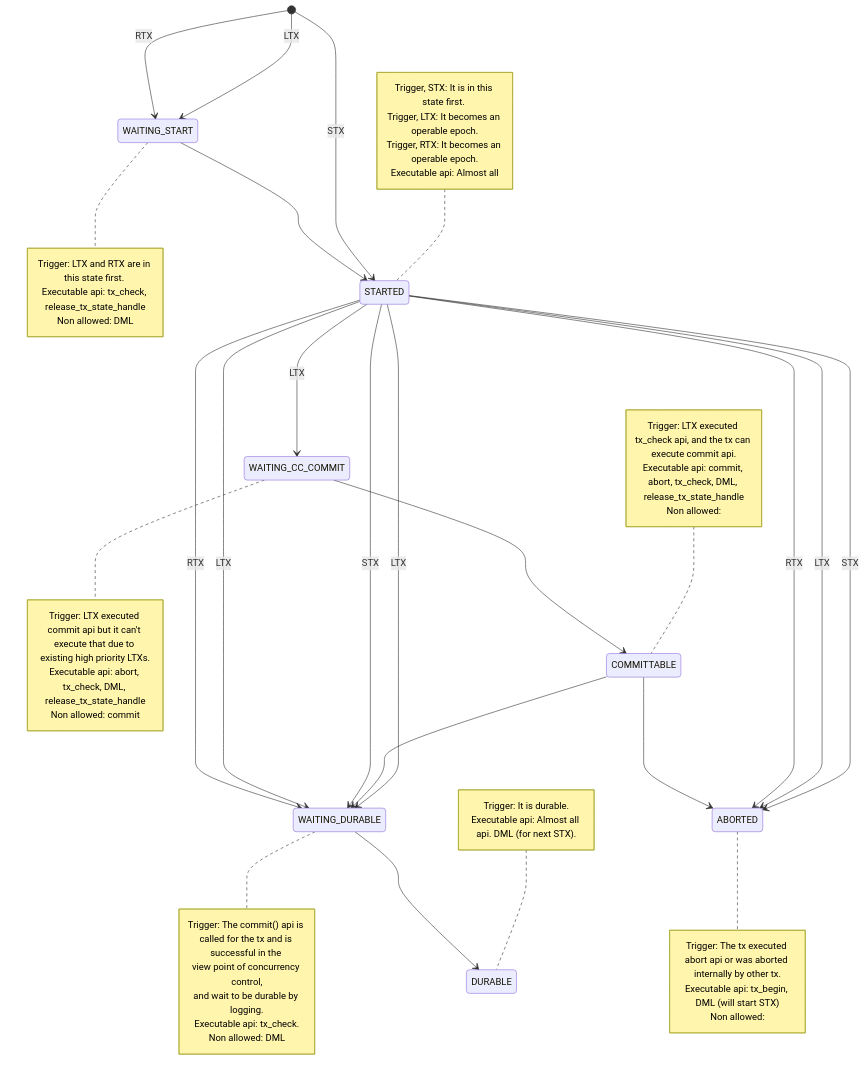
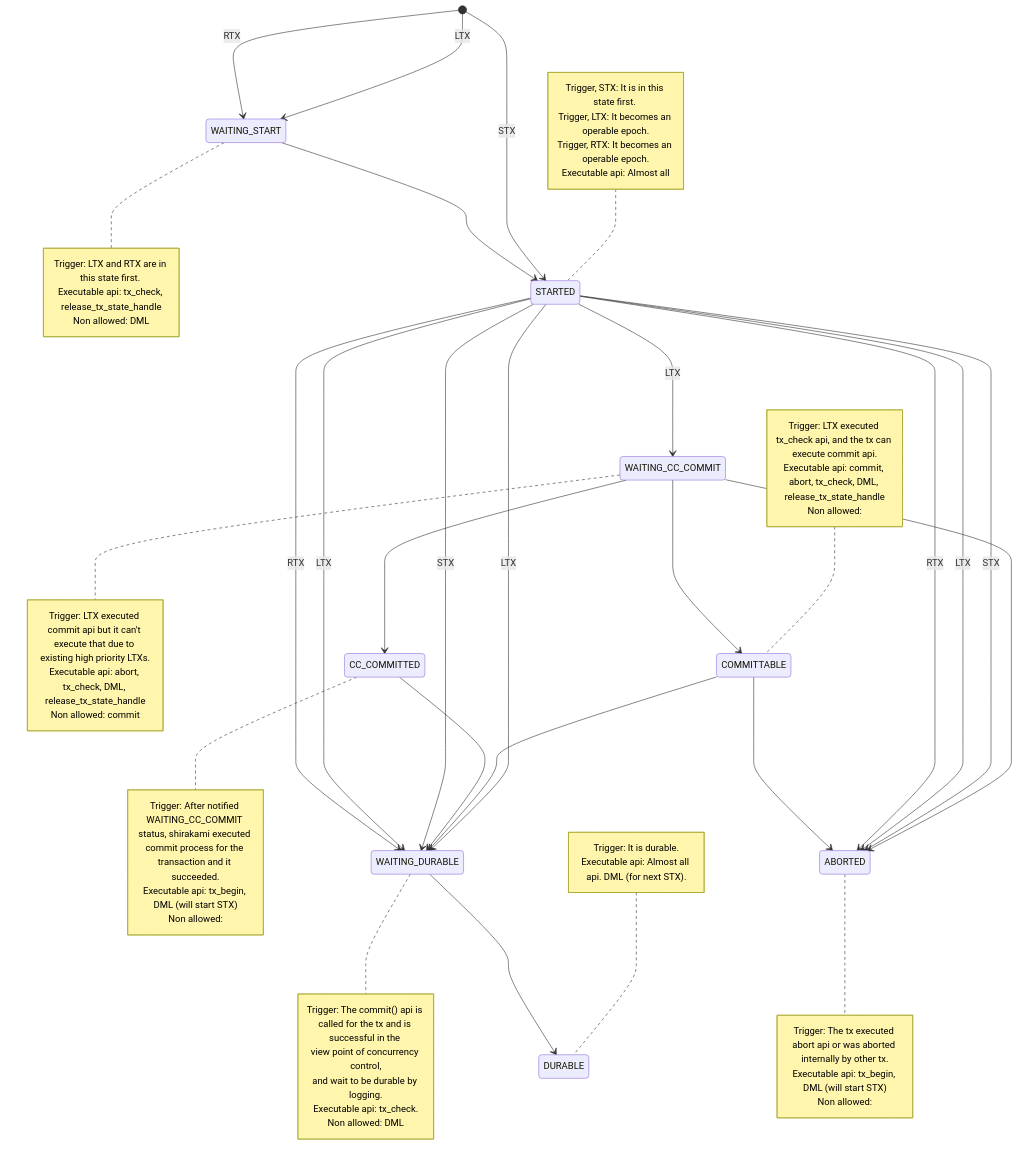
Before and after one commit to project-tsurugi/shirakami: the diagram in docs/transaction_state.md, drawn with Mermaid. The commit also changed other lines of this file and 5 other files, not shown here.

````diff
--- a/docs/transaction_state.md
+++ b/docs/transaction_state.md
@@ -9,65 +9,75 @@
 ```mermaid
 stateDiagram-v2
     WAITING_START
     note right of WAITING_START
         Trigger: LTX and RTX are in this state first. 
         Executable api: tx_check, release_tx_state_handle
         Non allowed: DML
     end note
     STARTED
     note left of STARTED
         Trigger, STX: It is in this state first. 
         Trigger, LTX: It becomes an operable epoch.
         Trigger, RTX: It becomes an operable epoch.
         Executable api: Almost all
     end note
     WAITING_CC_COMMIT
     note right of WAITING_CC_COMMIT
         Trigger: LTX executed commit api but it can't execute that due to 
         existing high priority LTXs.
         Executable api: abort, tx_check, DML, release_tx_state_handle
         Non allowed: commit
     end note
     COMMITTABLE
     note left of COMMITTABLE
         Trigger: LTX executed tx_check api, and the tx can execute commit api.
         Executable api: commit, abort, tx_check, DML, release_tx_state_handle
+        Non allowed:
+    end note
+    CC_COMMITTED
+    note right of CC_COMMITTED
+        Trigger: After notified WAITING_CC_COMMIT status, shirakami executed 
+        commit process for the transaction and it succeeded.
+        Executable api: tx_begin, DML (will start STX)
         Non allowed:
     end note
     ABORTED
     note right of ABORTED
         Trigger: The tx executed abort api or was aborted internally by other tx.
         Executable api: tx_begin, DML (will start STX)
         Non allowed:
     end note
     WAITING_DURABLE
     note right of WAITING_DURABLE
         Trigger: The commit() api is called for the tx and is successful in the 
         view point of concurrency control,
         and wait to be durable by logging.
         Executable api: tx_check.
         Non allowed: DML
     end note
     DURABLE
     note left of DURABLE
         Trigger: It is durable.
         Executable api: Almost all api. DML (for next STX).
     end note
 
     [*] --> STARTED: STX
     [*] --> WAITING_START: LTX
     [*] --> WAITING_START: RTX
     WAITING_START --> STARTED
     STARTED --> WAITING_DURABLE: LTX
     STARTED --> WAITING_CC_COMMIT: LTX
     WAITING_CC_COMMIT --> COMMITTABLE
+    WAITING_CC_COMMIT --> CC_COMMITTED
+    WAITING_CC_COMMIT --> ABORTED
     COMMITTABLE --> WAITING_DURABLE
+    CC_COMMITTED --> WAITING_DURABLE
     STARTED --> WAITING_DURABLE: STX
     STARTED --> WAITING_DURABLE: LTX
     STARTED --> WAITING_DURABLE: RTX
     STARTED --> ABORTED: STX
     STARTED --> ABORTED: LTX
     STARTED --> ABORTED: RTX
     COMMITTABLE --> ABORTED
     WAITING_DURABLE --> DURABLE
 ```
````
